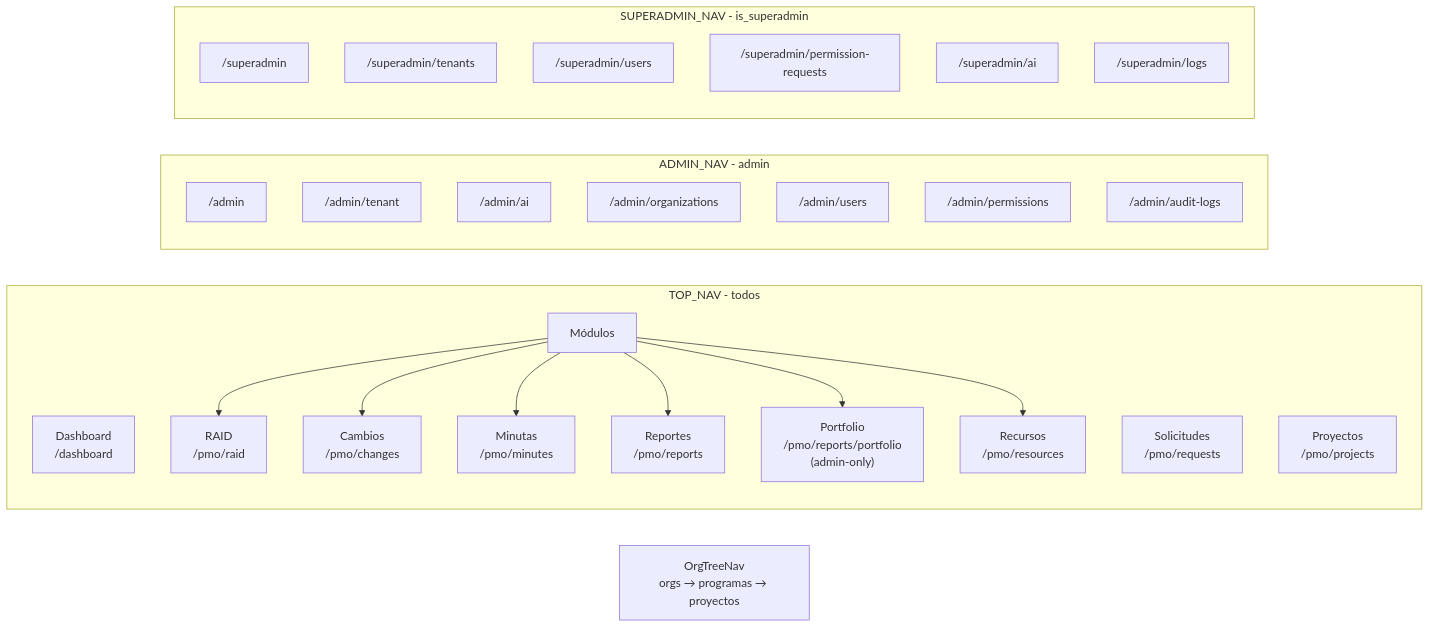
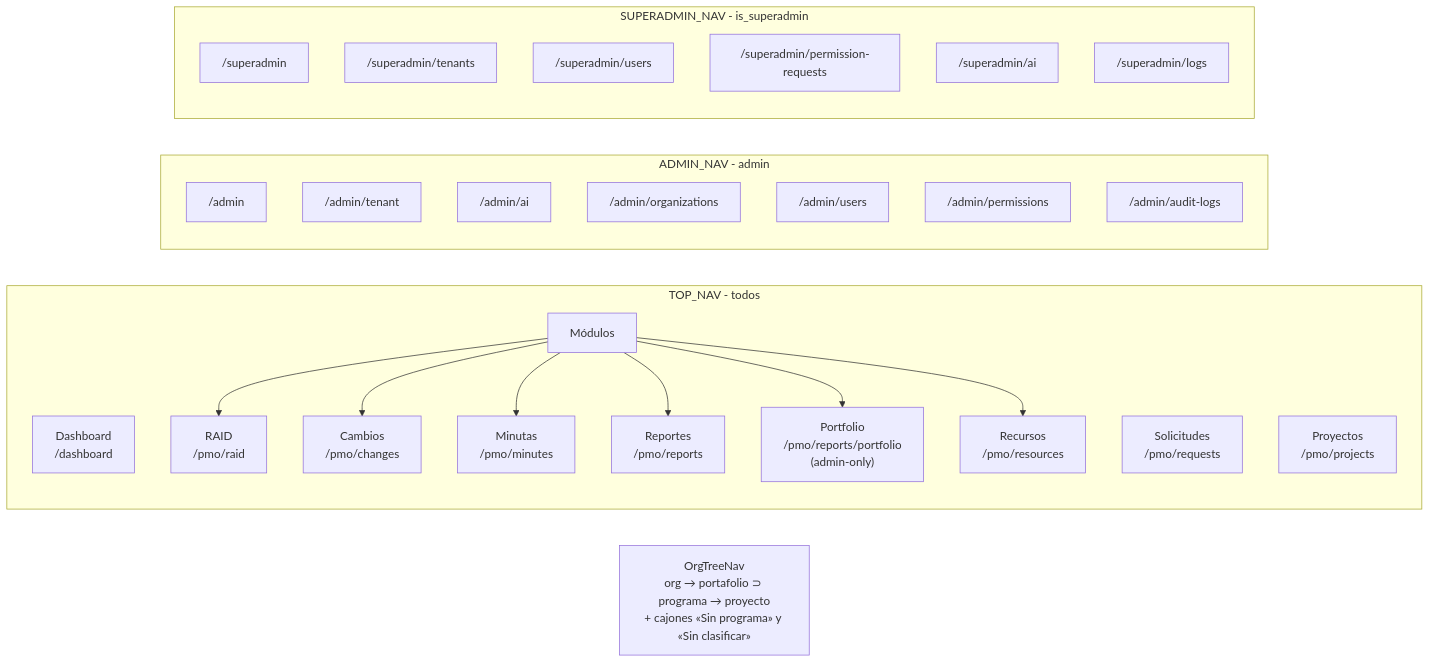
Before and after one commit to xguilxr/pmo_aas: the second of 8 diagrams in docs/architecture/navigation.md, drawn with Mermaid. The commit also changed other lines of this file and 5 other files, not shown here.

````diff
--- a/docs/architecture/navigation.md
+++ b/docs/architecture/navigation.md
@@ -143,36 +143,36 @@
 ```mermaid
 flowchart LR
     subgraph TOP_NAV ["TOP_NAV - todos"]
         N1["Dashboard<br/>/dashboard"]
         N2["Solicitudes<br/>/pmo/requests"]
         N3["Proyectos<br/>/pmo/projects"]
         N4["Módulos"]
         N4 --> N4a["RAID<br/>/pmo/raid"]
         N4 --> N4b["Cambios<br/>/pmo/changes"]
         N4 --> N4c["Minutas<br/>/pmo/minutes"]
         N4 --> N4d["Reportes<br/>/pmo/reports"]
         N4 --> N4e["Portfolio<br/>/pmo/reports/portfolio<br/>(admin-only)"]
         N4 --> N4f["Recursos<br/>/pmo/resources"]
     end
 
     subgraph ADMIN_NAV ["ADMIN_NAV - admin"]
         A0["/admin"]
         A1["/admin/tenant"]
         A2["/admin/ai"]
         A3["/admin/organizations"]
         A4["/admin/users"]
         A5["/admin/permissions"]
         A6["/admin/audit-logs"]
     end
 
     subgraph SUPER_NAV ["SUPERADMIN_NAV - is_superadmin"]
         S1["/superadmin"]
         S2["/superadmin/tenants"]
         S3["/superadmin/users"]
         S4["/superadmin/permission-requests"]
         S5["/superadmin/ai"]
         S6["/superadmin/logs"]
     end
 
-    TREE["OrgTreeNav<br/>orgs → programas → proyectos"]
+    TREE["OrgTreeNav<br/>org → portafolio ⊃ programa → proyecto<br/>+ cajones «Sin programa» y «Sin clasificar»"]
 ```
````
